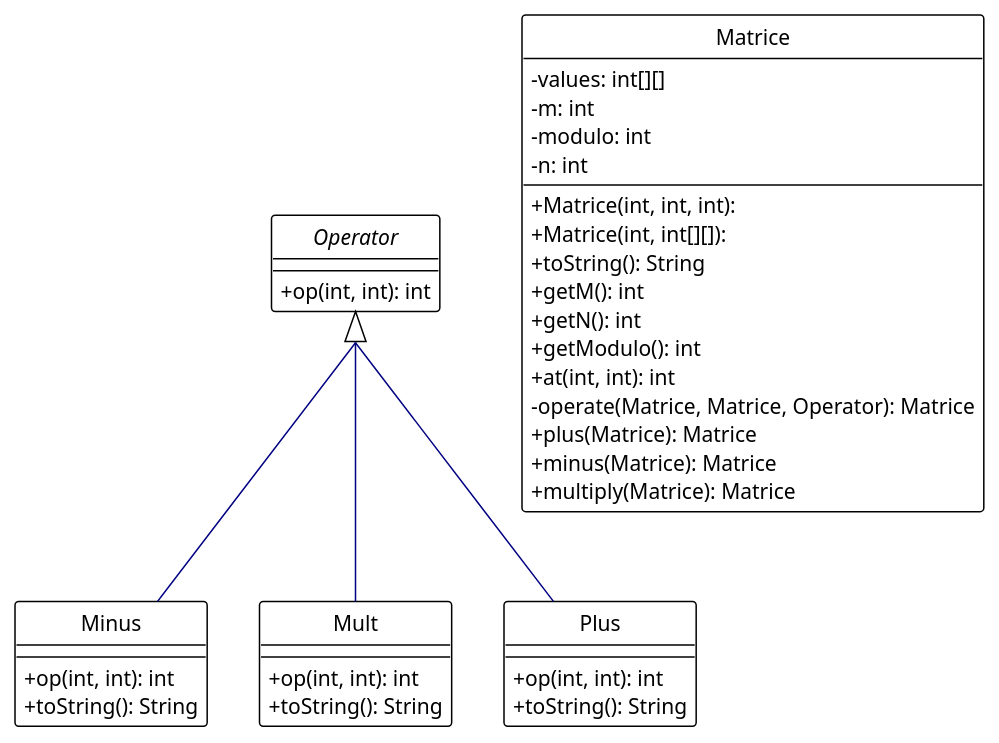
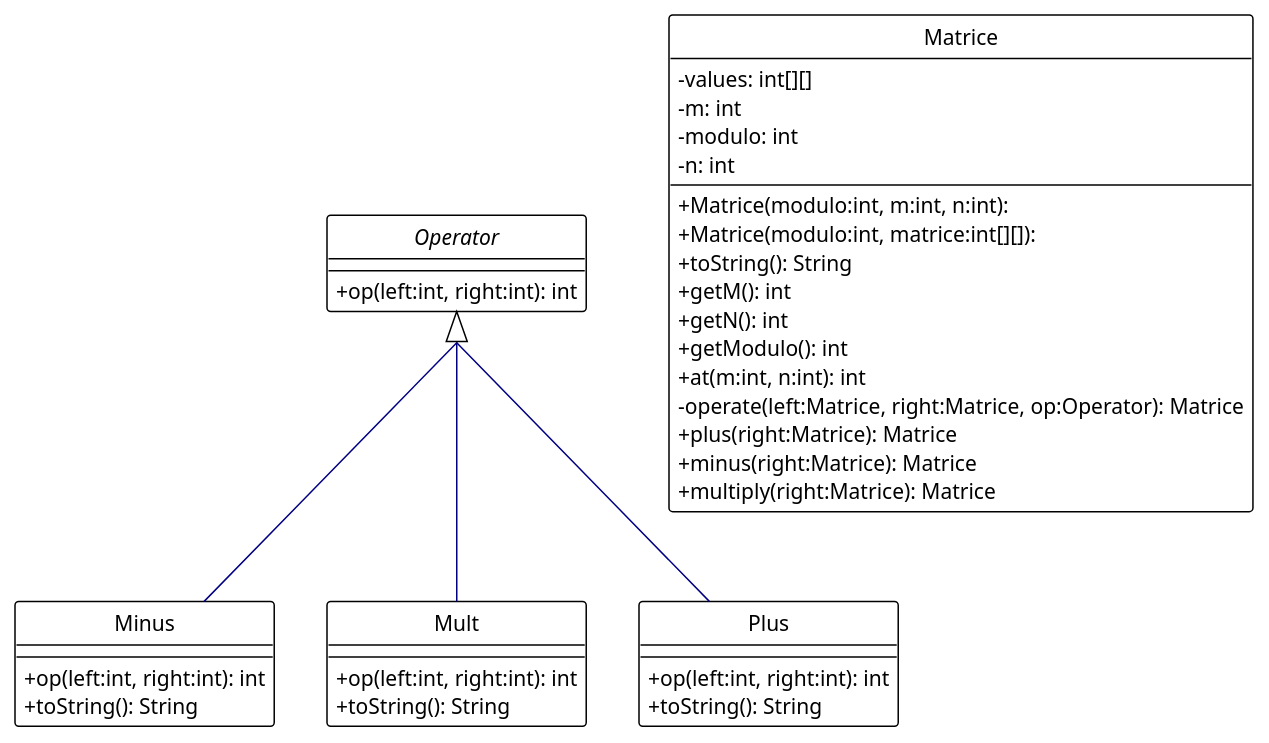
One commit to GuggisbergSimon/POO-Labo5 changed the diagram in UML/src.uml.plantuml. Above: the diagram before and after it, drawn with PlantUML. The commit also changed 2 other files, not shown here.

Commit message:
fixed UML to match the assistant's expectancies

```diff
--- a/UML/src.uml.plantuml
+++ b/UML/src.uml.plantuml
@@ -1,47 +1,47 @@
 @startuml
 
 skinparam classAttributeIconSize 0
 hide circle
 
 !theme plain
 top to bottom direction
 skinparam groupInheritance 2
 
 class Minus {
-  + op(int, int): int
+  + op(left:int, right:int): int
   + toString(): String
 }
 class Mult {
-  + op(int, int): int
+  + op(left:int, right:int): int
   + toString(): String
 }
 class Plus {
-  + op(int, int): int
+  + op(left:int, right:int): int
   + toString(): String
 }
 abstract class Operator {
-  + op(int, int): int
+  + op(left:int, right:int): int
 }
 class Matrice {
-  + Matrice(int, int, int):
-  + Matrice(int, int[][]):
+  + Matrice(modulo:int, m:int, n:int):
+  + Matrice(modulo:int, matrice:int[][]):
   - values: int[][]
   - m: int
   - modulo: int
   - n: int
   + toString(): String
   + getM(): int
   + getN(): int
   + getModulo(): int
-  + at(int, int): int
-  - operate(Matrice, Matrice, Operator): Matrice
-  + plus(Matrice): Matrice
-  + minus(Matrice): Matrice
-  + multiply(Matrice): Matrice
+  + at(m:int, n:int): int
+  - operate(left:Matrice, right:Matrice, op:Operator): Matrice
+  + plus(right:Matrice): Matrice
+  + minus(right:Matrice): Matrice
+  + multiply(right:Matrice): Matrice
 }
 
 Operator     <|-[#000082,plain]-  Plus
 Operator     <|-[#000082,plain]-  Minus
 Operator     <|-[#000082,plain]-  Mult
 
 @enduml
```
